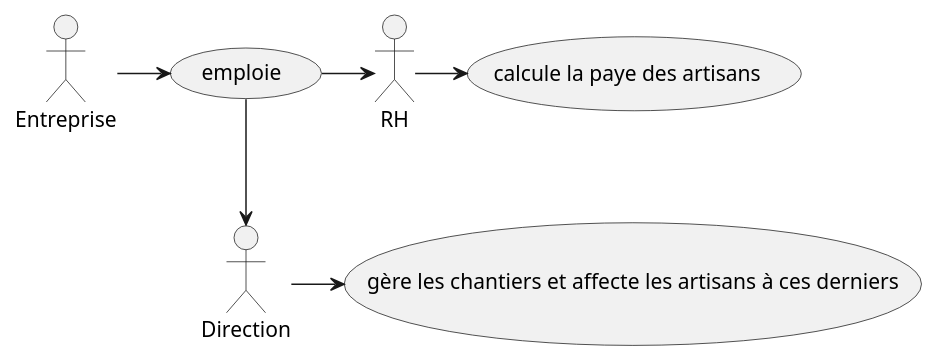
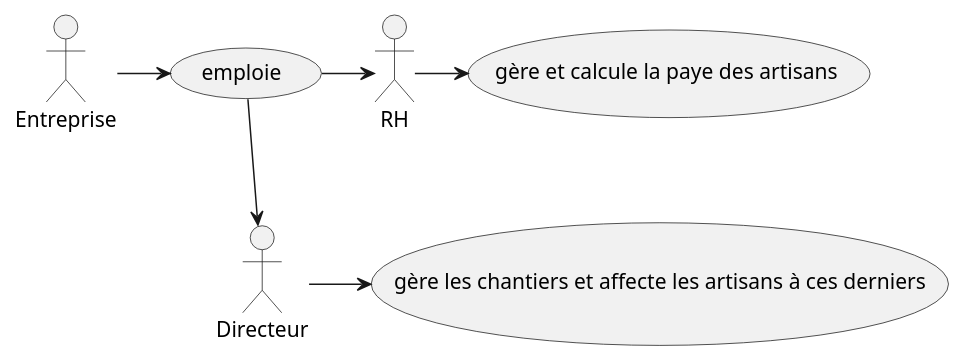
The diagram in uc.plantuml (IUT-Blagnac/r2-01-conception-td5-EstebanBiret), drawn with PlantUML before and after one commit. The commit also changed 1 other file, not shown here.

```diff
--- a/uc.plantuml
+++ b/uc.plantuml
@@ -1,36 +1,19 @@
-@startuml exercice
+@startuml Diagramme du UseCase
 
 usecase a as "emploie"
 usecase b as "gère les chantiers et affecte les artisans à ces derniers"
-usecase c as "calcule la paye des artisans "
+usecase c as "gère et calcule la paye des artisans "
 
 actor Entreprise
-actor Direction
+actor Directeur
 actor RH
 
 Entreprise -> a
 RH -> c
 a -> RH
-a -> Direction
-Direction -> b
+a -> Directeur
+Directeur -> b
+
 c -[hidden]-> b
 
-
-
-
-
-
-
-
-
-
-
-
-
-
-
-
-
-
-
 @enduml
```
